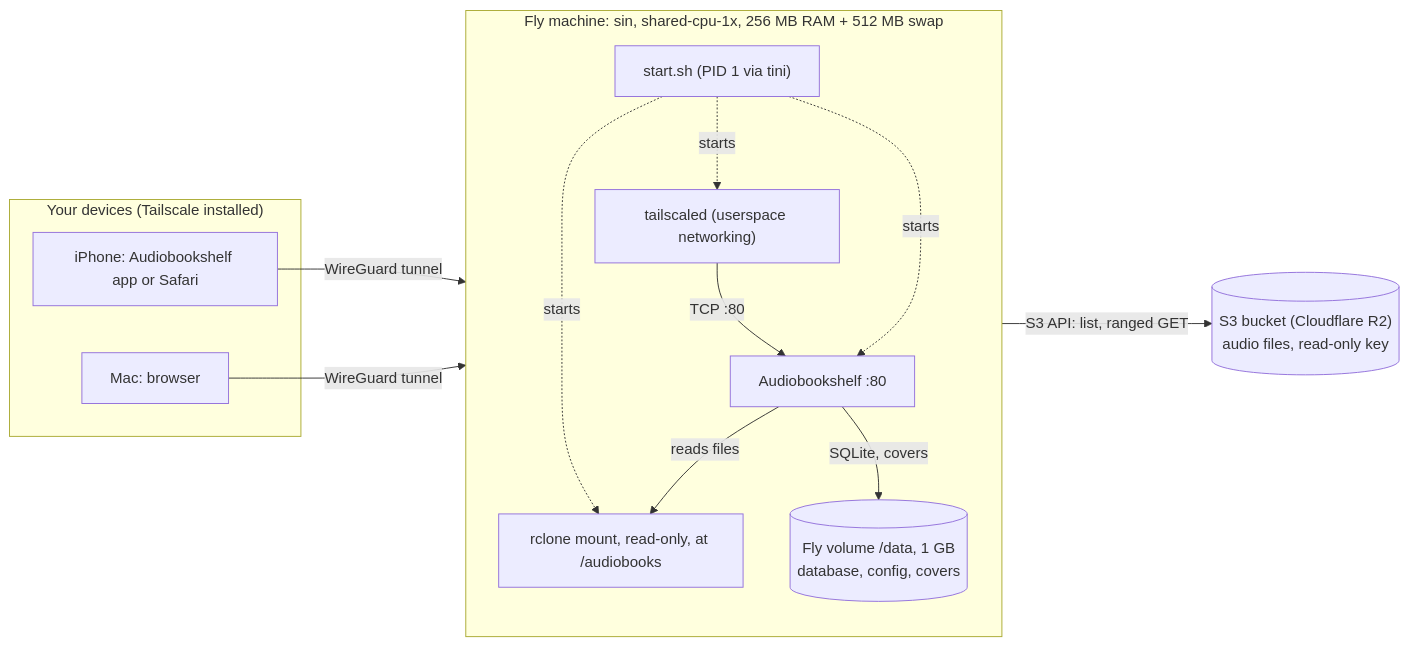
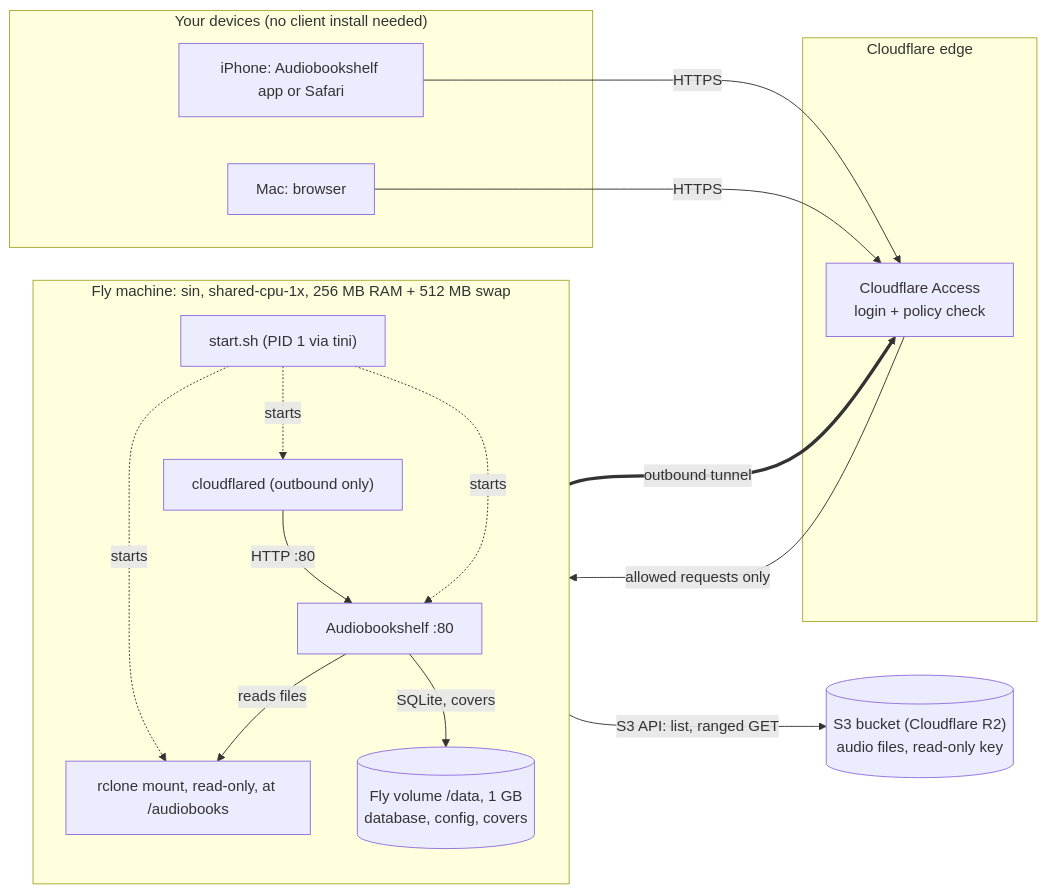
One commit to saqe/audiobook-online changed the first of 2 diagrams in README.md. Above: the diagram before and after it, drawn with Mermaid. The commit also changed other lines of this file and 7 other files, not shown here.

First line of the commit message:
Replace Tailscale with Cloudflare Tunnel and Access

````diff
--- a/README.md
+++ b/README.md
@@ -36,28 +36,34 @@
 ```mermaid
 flowchart LR
-    subgraph devices["Your devices (Tailscale installed)"]
+    subgraph devices["Your devices (no client install needed)"]
         phone["iPhone: Audiobookshelf app or Safari"]
         mac["Mac: browser"]
+    end
+
+    subgraph cf["Cloudflare edge"]
+        access["Cloudflare Access<br/>login + policy check"]
     end
 
     subgraph fly["Fly machine: sin, shared-cpu-1x, 256 MB RAM + 512 MB swap"]
         direction TB
         start["start.sh (PID 1 via tini)"]
-        ts["tailscaled (userspace networking)"]
+        cfd["cloudflared (outbound only)"]
         abs["Audiobookshelf :80"]
         rclone["rclone mount, read-only, at /audiobooks"]
         vol[("Fly volume /data, 1 GB<br/>database, config, covers")]
     end
 
     s3[("S3 bucket (Cloudflare R2)<br/>audio files, read-only key")]
 
-    phone -->|"WireGuard tunnel"| ts
-    mac -->|"WireGuard tunnel"| ts
-    ts -->|"TCP :80"| abs
-    start -.->|starts| ts
+    phone -->|"HTTPS"| access
+    mac -->|"HTTPS"| access
+    cfd ==>|"outbound tunnel"| access
+    access -->|"allowed requests only"| cfd
+    cfd -->|"HTTP :80"| abs
+    start -.->|starts| cfd
     start -.->|starts| rclone
     start -.->|starts| abs
     abs -->|"reads files"| rclone
     abs -->|"SQLite, covers"| vol
     rclone -->|"S3 API: list, ranged GET"| s3
 ```
````
